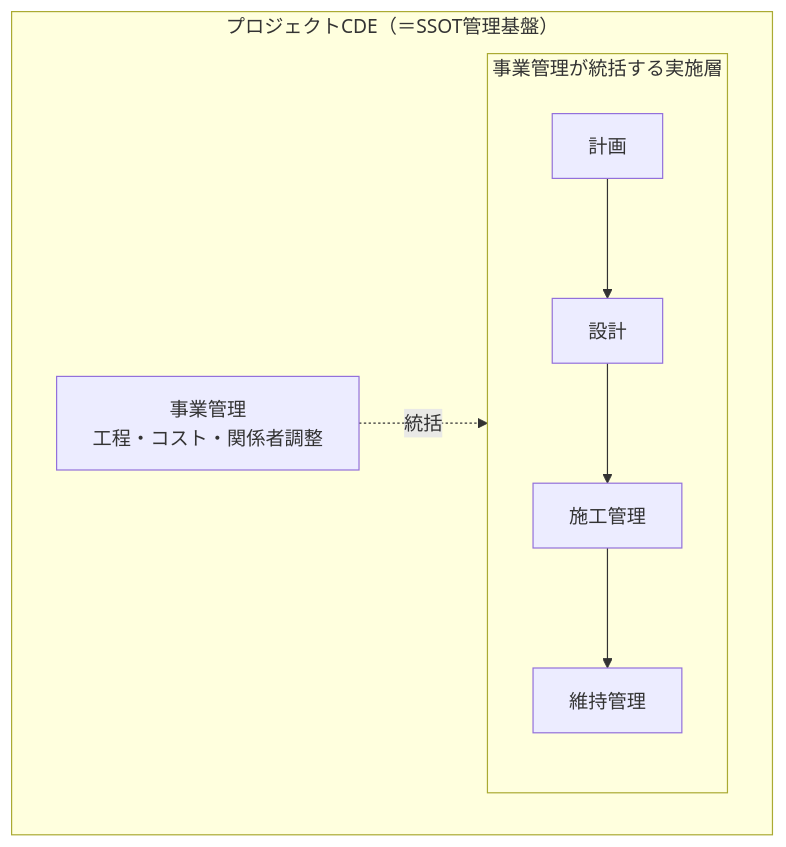
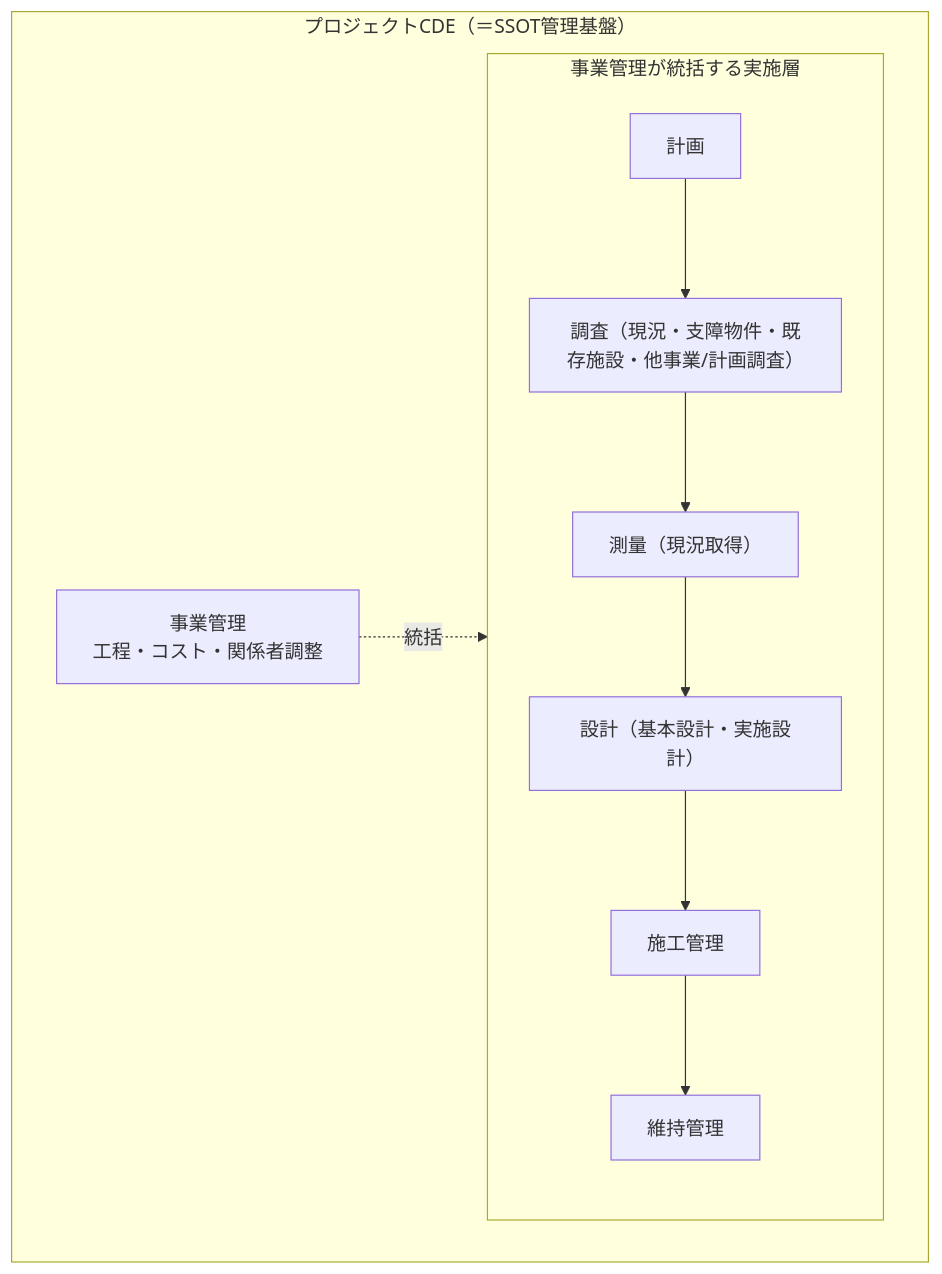
One commit to yamamoto-ryuzo/portal changed the first of 3 diagrams in プロジェクトCDE/index.md. Above: the diagram before and after it, drawn with Mermaid. The commit also changed other lines of this file, not shown here.

````diff
--- a/プロジェクトCDE/index.md
+++ b/プロジェクトCDE/index.md
@@ -51,12 +53,12 @@
 ```mermaid
 graph TD
     subgraph CDE["プロジェクトCDE（＝SSOT管理基盤）"]
         EM["事業管理<br/>工程・コスト・関係者調整"]
 
         subgraph 実施層["事業管理が統括する実施層"]
-            P["計画"] --> D["設計"] --> C["施工管理"] --> M["維持管理"]
+            P["計画"] --> Ch["調査（現況・支障物件・既存施設・他事業/計画調査）"] --> S["測量（現況取得）"] --> D["設計（基本設計・実施設計）"] --> C["施工管理"] --> M["維持管理"]
         end
 
         EM -.統括.-> 実施層
     end
 ```
````
